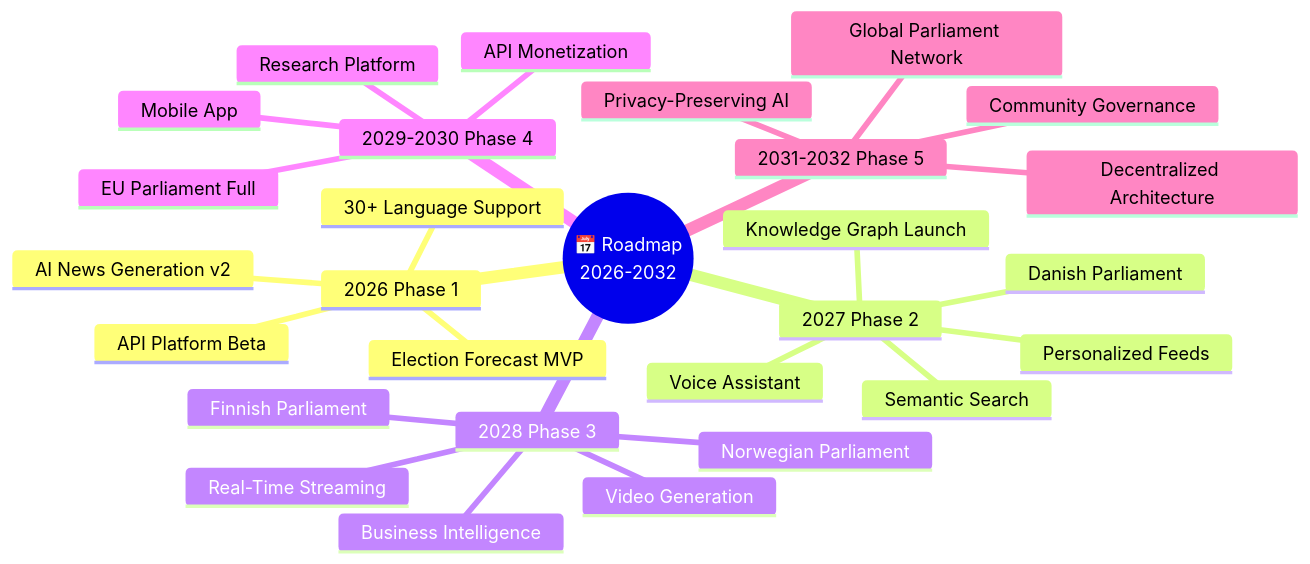
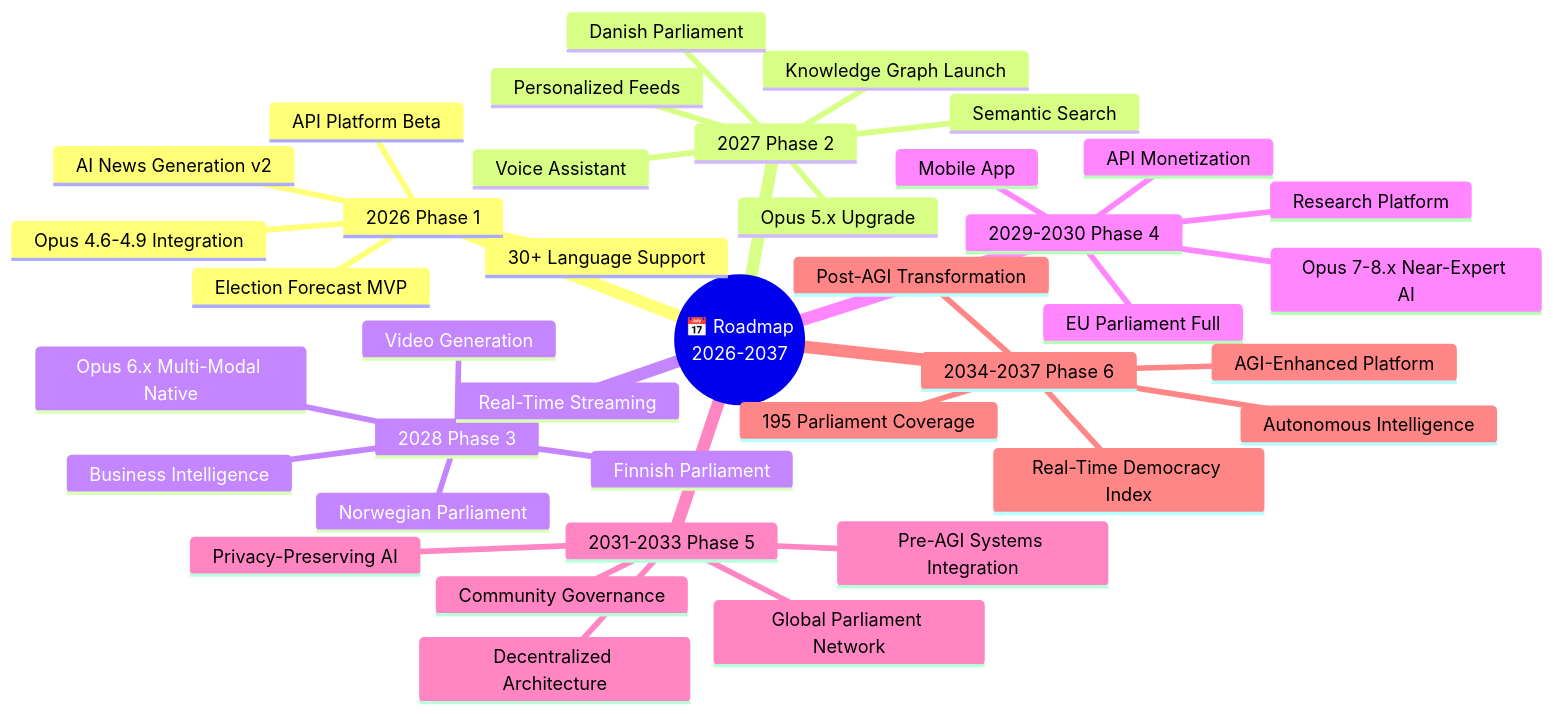
One commit to Hack23/riksdagsmonitor changed the fourth of 4 diagrams in FUTURE_MINDMAP.md. Above: the diagram before and after it, drawn with Mermaid. The commit also changed other lines of this file, not shown here.

First line of the commit message:
Extend FUTURE_MINDMAP.md roadmap horizon to 2037 with AI/LLM evolution

````diff
--- a/FUTURE_MINDMAP.md
+++ b/FUTURE_MINDMAP.md
@@ -257,31 +271,42 @@
 ```mermaid
 mindmap
-  root((📅 Roadmap<br/>2026-2032))
+  root((📅 Roadmap<br/>2026-2037))
     2026 Phase 1
       AI News Generation v2
       Election Forecast MVP
       API Platform Beta
       30+ Language Support
+      Opus 4.6-4.9 Integration
     2027 Phase 2
       Knowledge Graph Launch
       Semantic Search
       Voice Assistant
       Personalized Feeds
       Danish Parliament
+      Opus 5.x Upgrade
     2028 Phase 3
       Real-Time Streaming
       Norwegian Parliament
       Finnish Parliament
       Video Generation
       Business Intelligence
+      Opus 6.x Multi-Modal Native
     2029-2030 Phase 4
       EU Parliament Full
       API Monetization
       Research Platform
       Mobile App
-    2031-2032 Phase 5
+      Opus 7-8.x Near-Expert AI
+    2031-2033 Phase 5
       Global Parliament Network
       Privacy-Preserving AI
       Decentralized Architecture
       Community Governance
+      Pre-AGI Systems Integration
+    2034-2037 Phase 6
+      AGI-Enhanced Platform
+      195 Parliament Coverage
+      Real-Time Democracy Index
+      Autonomous Intelligence
+      Post-AGI Transformation
 ```
````
